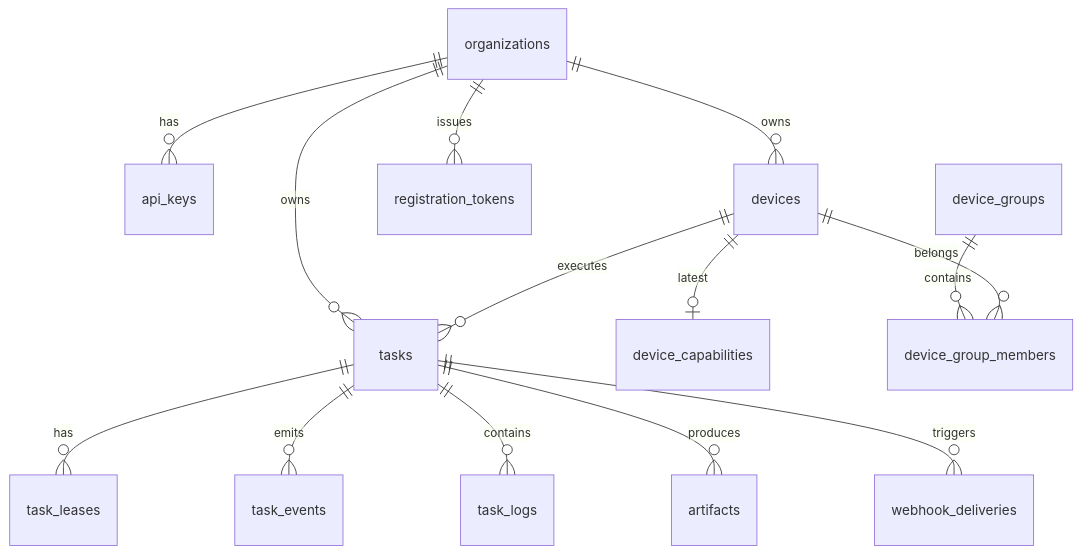
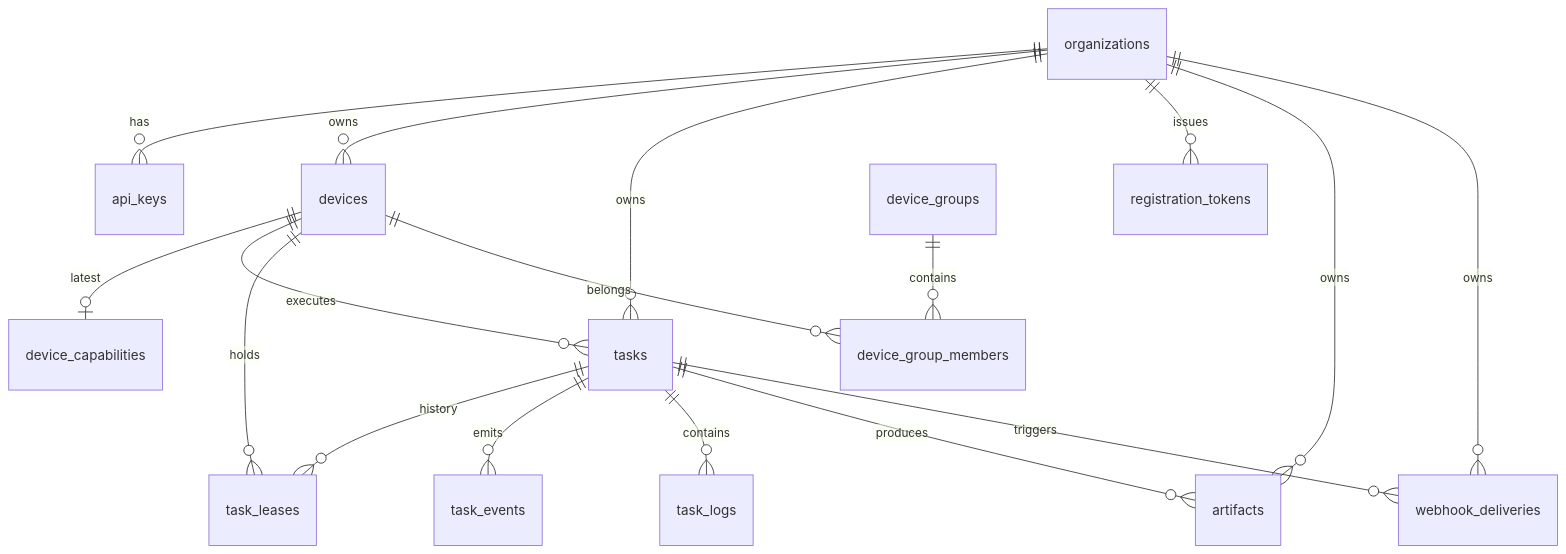
Before and after one commit to zhangfenglin/BuildDock: the first of 2 diagrams in docs/architecture/database.md, drawn with Mermaid. The commit also changed other lines of this file and 6 other files, not shown here.

First line of the commit message:
docs: add detailed PostgreSQL schema design

````diff
--- a/docs/architecture/database.md
+++ b/docs/architecture/database.md
@@ -18,19 +32,22 @@
 ```mermaid
 erDiagram
     organizations ||--o{ api_keys : has
     organizations ||--o{ devices : owns
     organizations ||--o{ tasks : owns
     organizations ||--o{ registration_tokens : issues
+    organizations ||--o{ artifacts : owns
+    organizations ||--o{ webhook_deliveries : owns
 
     devices ||--o| device_capabilities : latest
     devices ||--o{ tasks : executes
+    devices ||--o{ task_leases : holds
 
-    tasks ||--o{ task_leases : has
+    tasks ||--o{ task_leases : history
     tasks ||--o{ task_events : emits
     tasks ||--o{ task_logs : contains
     tasks ||--o{ artifacts : produces
     tasks ||--o{ webhook_deliveries : triggers
 
     device_groups ||--o{ device_group_members : contains
     devices ||--o{ device_group_members : belongs
 ```
````
